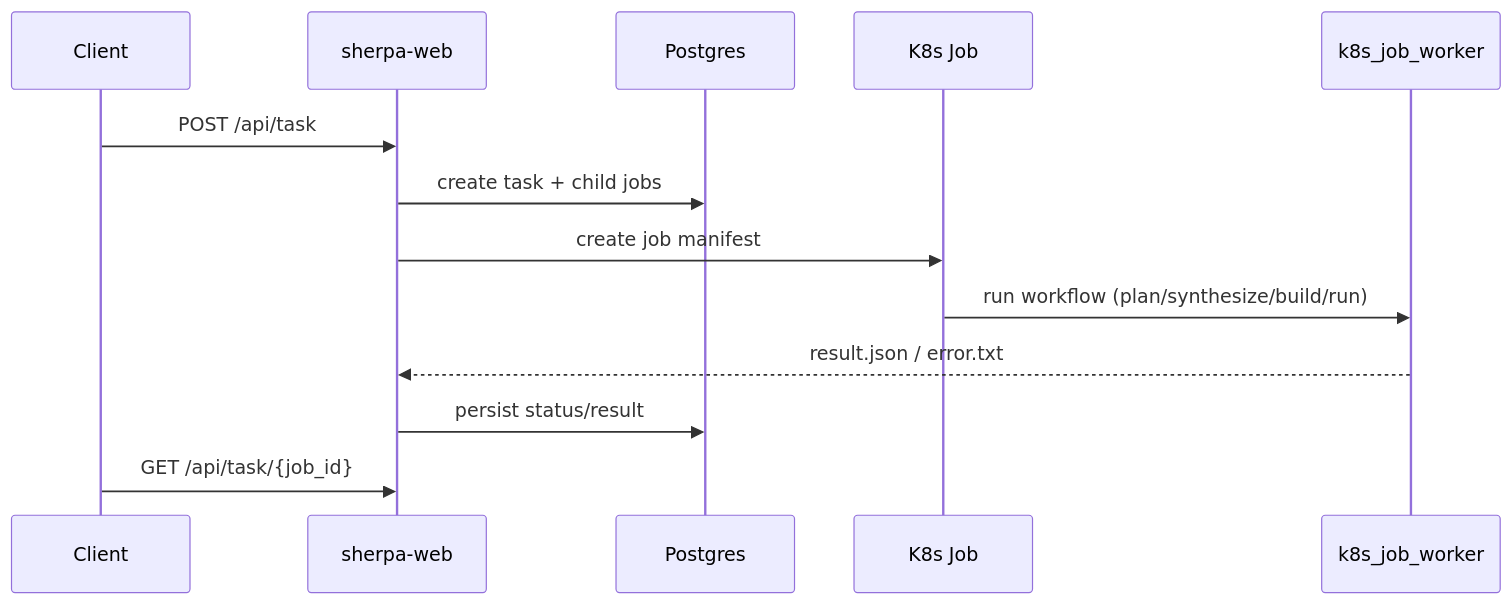
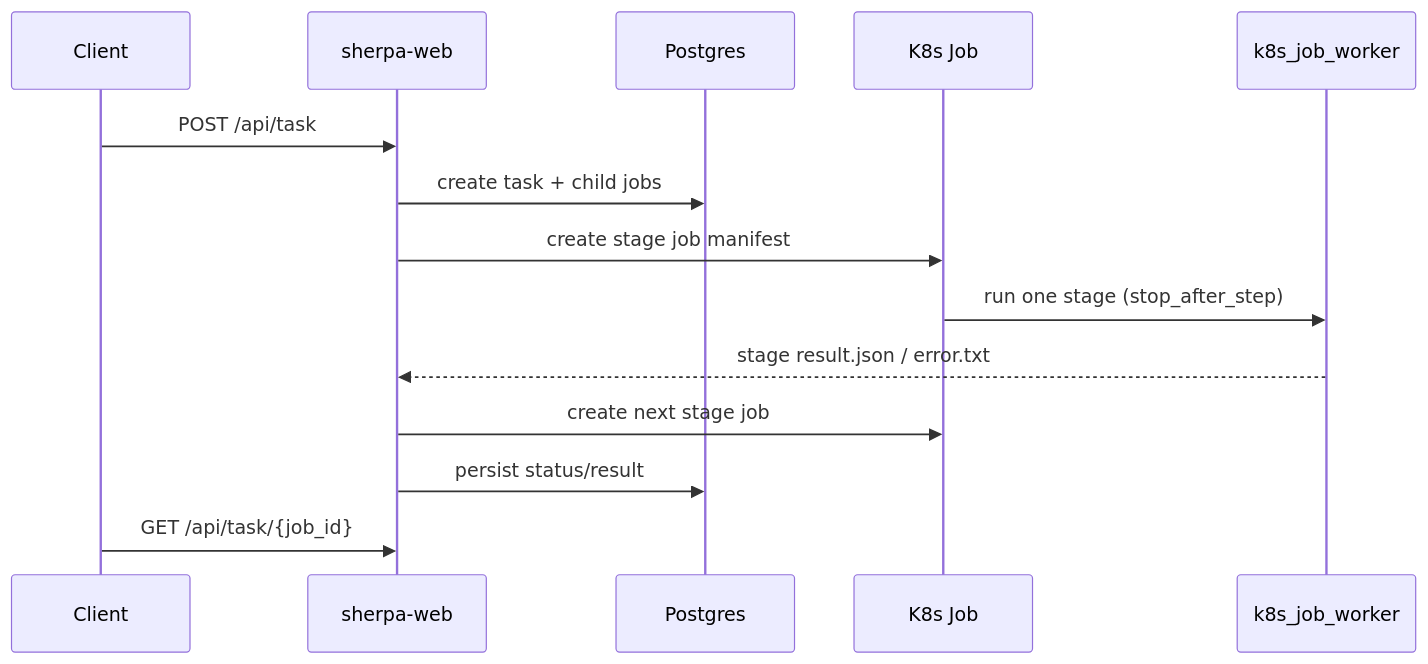
One commit to ZUENS2020/Sherpa changed the third of 4 diagrams in docs/DOCKER_TO_K8S_HANDOFF.md. Above: the diagram before and after it, drawn with Mermaid. The commit also changed other lines of this file and 13 other files, not shown here.

````diff
--- a/docs/DOCKER_TO_K8S_HANDOFF.md
+++ b/docs/DOCKER_TO_K8S_HANDOFF.md
@@ -76,16 +78,17 @@
 ```mermaid
 sequenceDiagram
   participant C as Client
   participant API as sherpa-web
   participant DB as Postgres
   participant J as K8s Job
   participant W as k8s_job_worker
 
   C->>API: POST /api/task
   API->>DB: create task + child jobs
-  API->>J: create job manifest
-  J->>W: run workflow (plan/synthesize/build/run)
-  W-->>API: result.json / error.txt
+  API->>J: create stage job manifest
+  J->>W: run one stage (stop_after_step)
+  W-->>API: stage result.json / error.txt
+  API->>J: create next stage job
   API->>DB: persist status/result
   C->>API: GET /api/task/{job_id}
 ```
````
